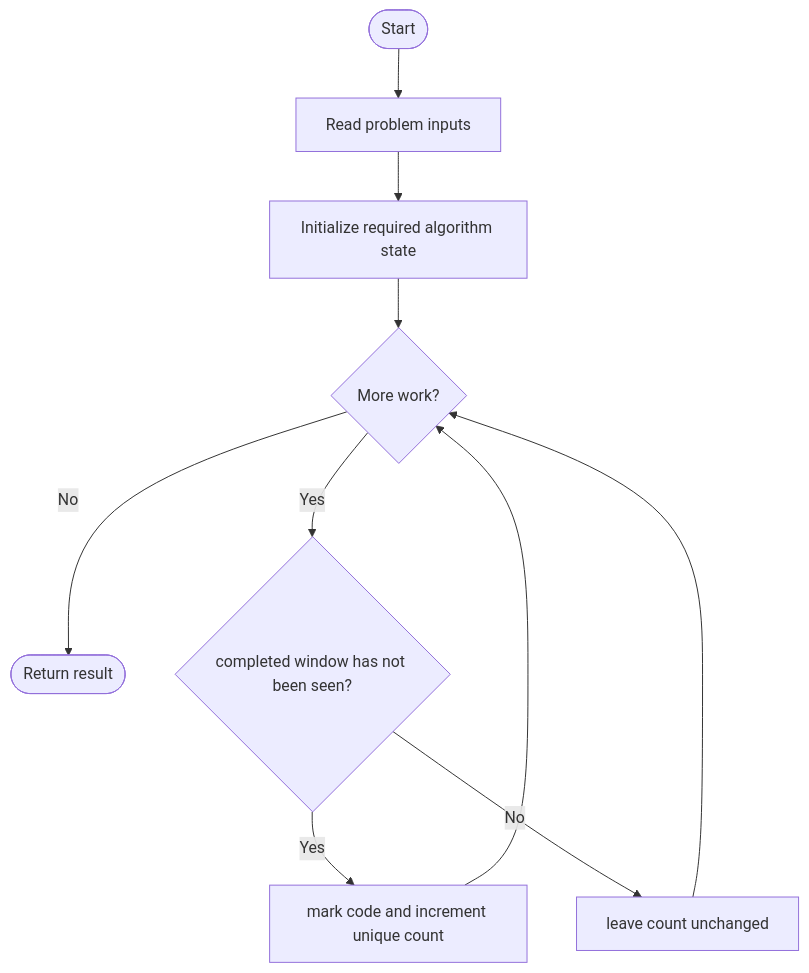
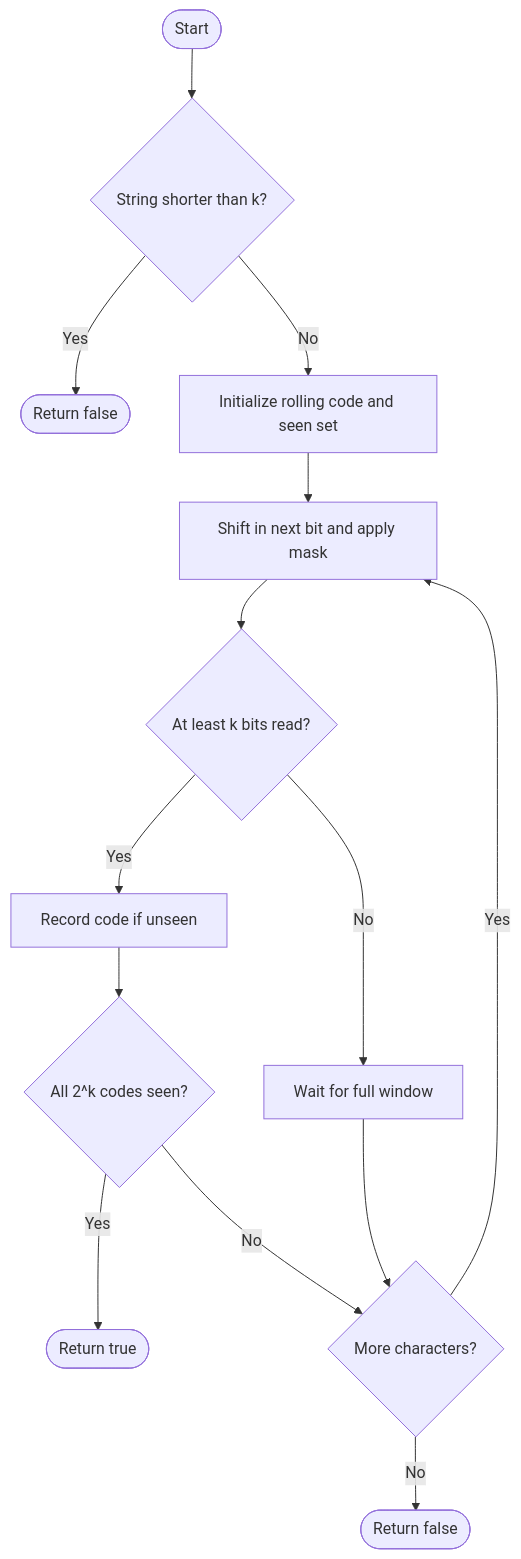
Before and after one commit to SAIDEEPBHANGE/C-CPP-Codes: the diagram in LeetCode/1461/README.md, drawn with Mermaid. The commit also changed other lines of this file and 196 other files, not shown here.

````diff
--- a/LeetCode/1461/README.md
+++ b/LeetCode/1461/README.md
@@ -13,12 +47,16 @@
 ```mermaid
 flowchart TD
-    A([Start]) --> B[Read problem inputs]
-    B --> C[Initialize required algorithm state]
-    C --> D{More work?}
-    D -- No --> Z([Return result])
-    D -- Yes --> E{completed window has not been seen?}
-    E -- Yes --> F[mark code and increment unique count]
-    E -- No --> G[leave count unchanged]
-    F --> D
-    G --> D
+ A([Start]) --> B{String shorter than k?}
+ B -- Yes --> Z([Return false])
+ B -- No --> C[Initialize rolling code and seen set]
+ C --> D[Shift in next bit and apply mask]
+ D --> E{At least k bits read?}
+ E -- Yes --> F[Record code if unseen]
+ E -- No --> G[Wait for full window]
+ F --> H{All 2^k codes seen?}
+ G --> I{More characters?}
+ H -- Yes --> Y([Return true])
+ H -- No --> I
+ I -- Yes --> D
+ I -- No --> N([Return false])
 ```
````
